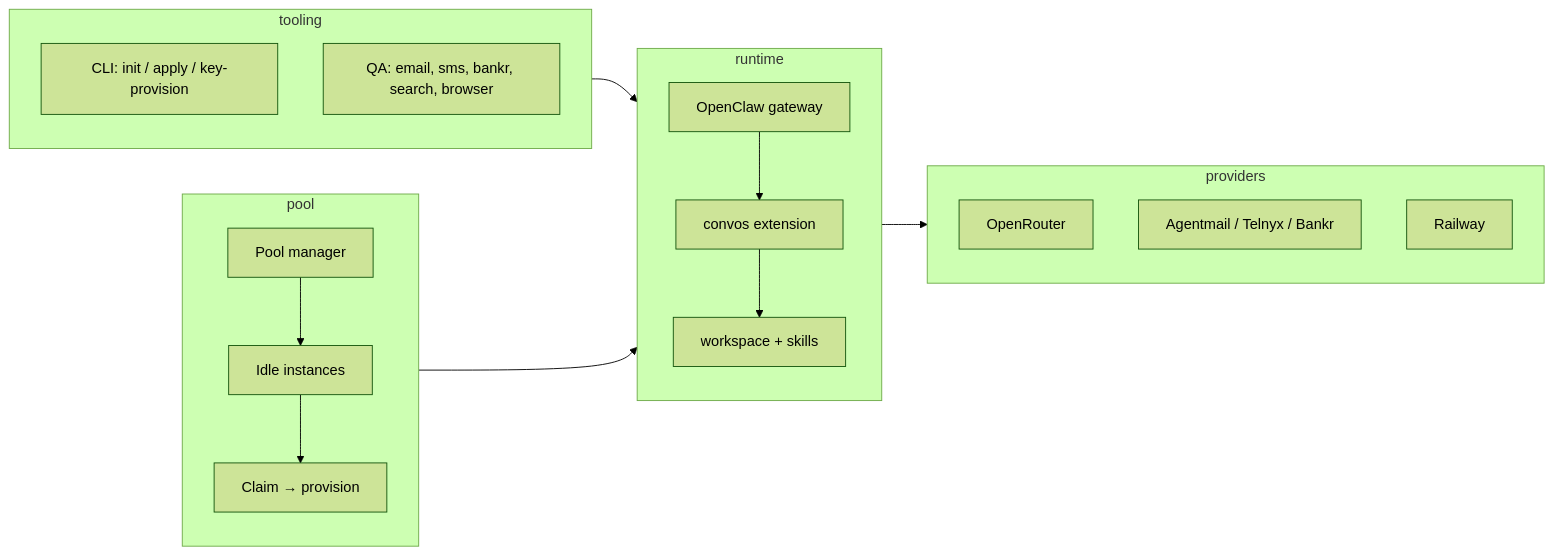
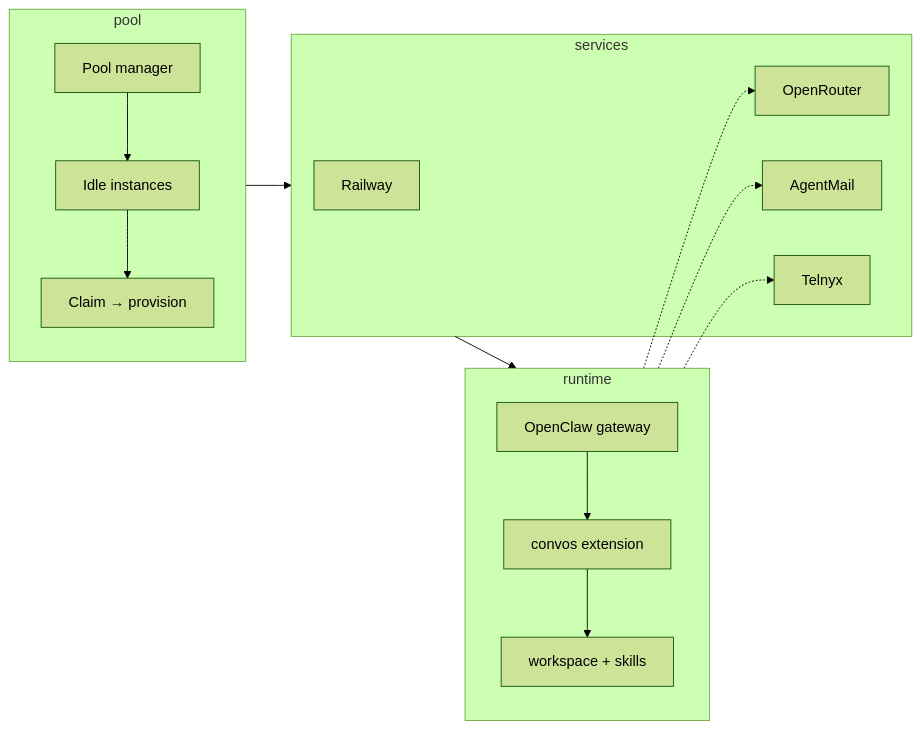
The first of 2 diagrams in README.md (xmtplabs/convos-managed-agent-runtime), drawn with Mermaid (forest theme) before and after one commit. The commit also changed other lines of this file and 46 other files, not shown here.

First line of the commit message:
feat: extract services layer from pool (Phase 3)

````diff
--- a/README.md
+++ b/README.md
@@ -20,27 +33,26 @@
 ```mermaid
 flowchart LR
-  subgraph tooling["tooling"]
-    T1[CLI: init / apply / key-provision]
-    T2[QA: email, sms, bankr, search, browser]
-  end
   subgraph runtime["runtime"]
     R1[OpenClaw gateway]
     R2[convos extension]
     R3[workspace + skills]
     R1 --> R2 --> R3
   end
   subgraph pool["pool"]
     P1[Pool manager]
     P2[Idle instances]
     P3[Claim → provision]
     P1 --> P2 --> P3
   end
-  subgraph providers["providers"]
-    V1[OpenRouter]
-    V2[Agentmail / Telnyx / Bankr]
-    V3[Railway]
+  subgraph services["services"]
+    S1[Railway]
+    S2[OpenRouter]
+    S3[AgentMail]
+    S4[Telnyx]
   end
-  tooling --> runtime
-  pool --> runtime
-  runtime --> providers
+  pool --> services
+  services --> runtime
+  runtime -.-> S2
+  runtime -.-> S3
+  runtime -.-> S4
 ```
````
